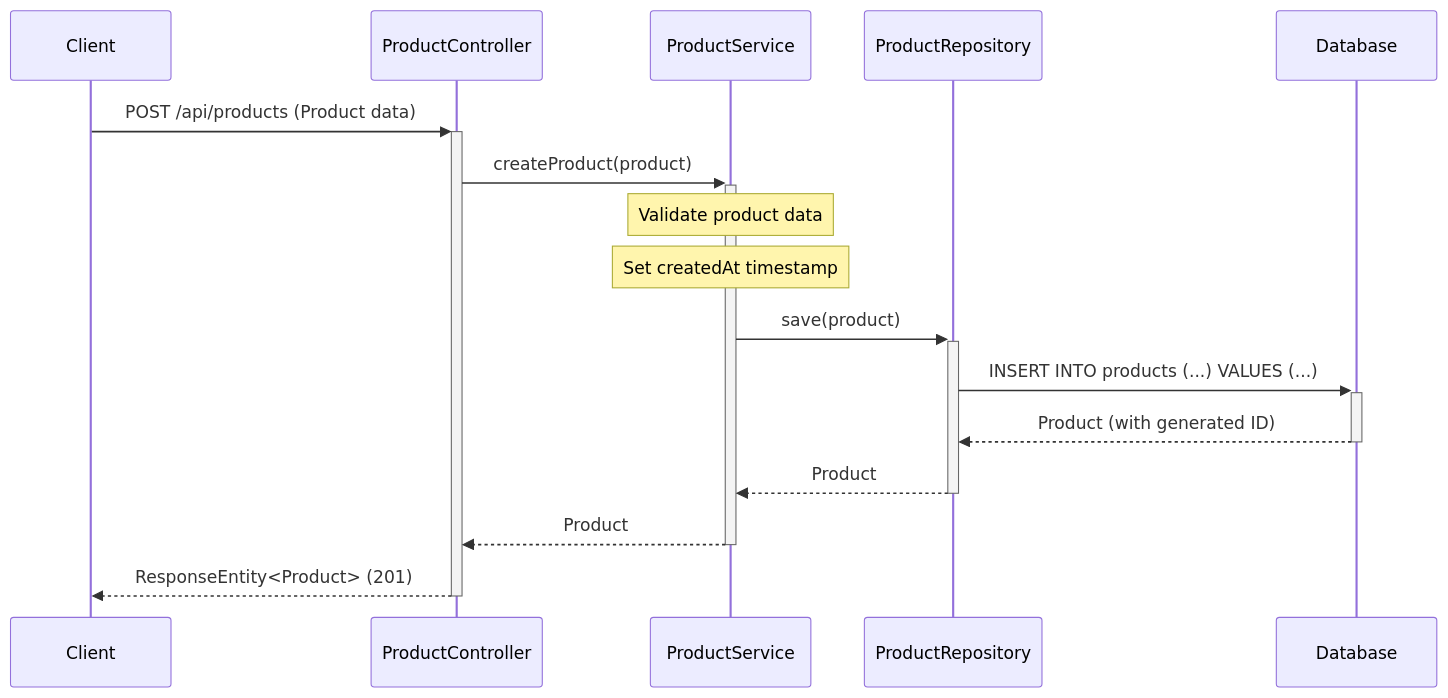
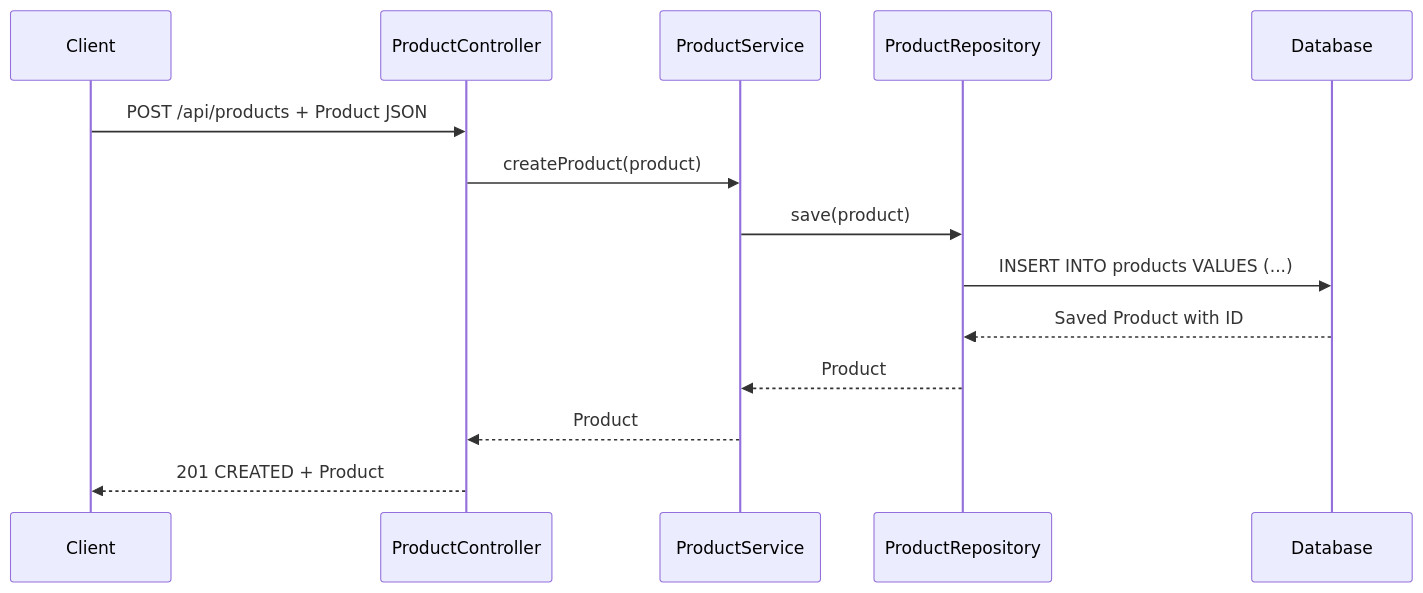
The fifth of 9 diagrams in docs/LLD/lld.md (NavneetBN47/aava-ecom-demo), drawn with Mermaid before and after one commit. The commit also changed other lines of this file, not shown here.

````diff
--- a/docs/LLD/lld.md
+++ b/docs/LLD/lld.md
@@ -147,21 +159,17 @@
 ```mermaid
 sequenceDiagram
     participant Client
     participant ProductController
     participant ProductService
     participant ProductRepository
     participant Database
     
-    Client->>+ProductController: POST /api/products (Product data)
-    ProductController->>+ProductService: createProduct(product)
-    
-    Note over ProductService: Validate product data
-    Note over ProductService: Set createdAt timestamp
-    
-    ProductService->>+ProductRepository: save(product)
-    ProductRepository->>+Database: INSERT INTO products (...) VALUES (...)
-    Database-->>-ProductRepository: Product (with generated ID)
-    ProductRepository-->>-ProductService: Product
-    ProductService-->>-ProductController: Product
-    ProductController-->>-Client: ResponseEntity<Product> (201)
+    Client->>ProductController: POST /api/products + Product JSON
+    ProductController->>ProductService: createProduct(product)
+    ProductService->>ProductRepository: save(product)
+    ProductRepository->>Database: INSERT INTO products VALUES (...)
+    Database-->>ProductRepository: Saved Product with ID
+    ProductRepository-->>ProductService: Product
+    ProductService-->>ProductController: Product
+    ProductController-->>Client: 201 CREATED + Product
 ```
````
